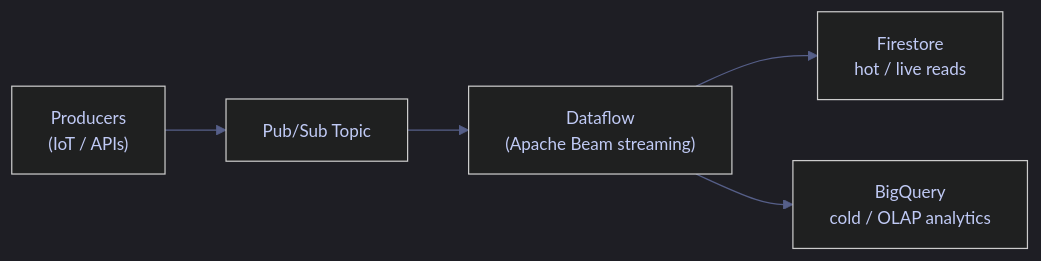
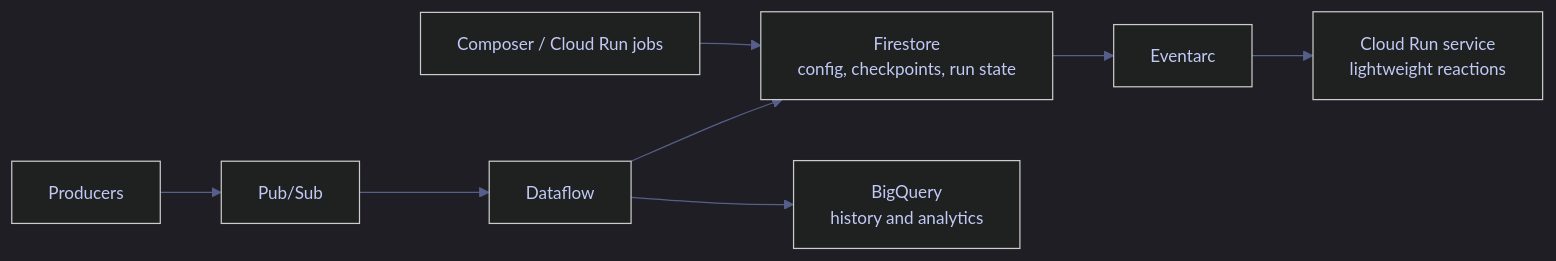
One commit to alp78/elysium changed the diagram in content/06-GCP/04-Firestore/02-real-time-nosql-pipelines.md. Above: the diagram before and after it, drawn with Mermaid. The commit also changed other lines of this file and 493 other files, not shown here.

````diff
--- a/content/06-GCP/04-Firestore/02-real-time-nosql-pipelines.md
+++ b/content/06-GCP/04-Firestore/02-real-time-nosql-pipelines.md
@@ -372,18 +296,22 @@
 ```mermaid
 %%{init: {'theme': 'dark', 'themeVariables': {
   'primaryColor': '#292e42',
   'primaryTextColor': '#c0caf5',
   'primaryBorderColor': '#565f89',
   'lineColor': '#565f89',
   'secondaryColor': '#1a1b26',
   'tertiaryColor': '#24283b',
   'noteTextColor': '#c0caf5',
   'noteBkgColor': '#292e42',
   'textColor': '#c0caf5',
-  'fontSize': '14px'}}}%%
+  'fontSize': '14px'
+}}}%%
 flowchart LR
-    P["Producers<br/>(IoT / APIs)"] --> T[Pub/Sub Topic]
-    T --> D["Dataflow<br/>(Apache Beam streaming)"]
-    D --> F["Firestore<br/>hot / live reads"]
-    D --> B["BigQuery<br/>cold / OLAP analytics"]
+    A["Composer / Cloud Run jobs"] --> B["Firestore<br/>config, checkpoints, run state"]
+    C["Producers"] --> D["Pub/Sub"]
+    D --> E["Dataflow"]
+    E --> B
+    E --> F["BigQuery<br/>history and analytics"]
+    B --> G["Eventarc"]
+    G --> H["Cloud Run service<br/>lightweight reactions"]
 ```
````
